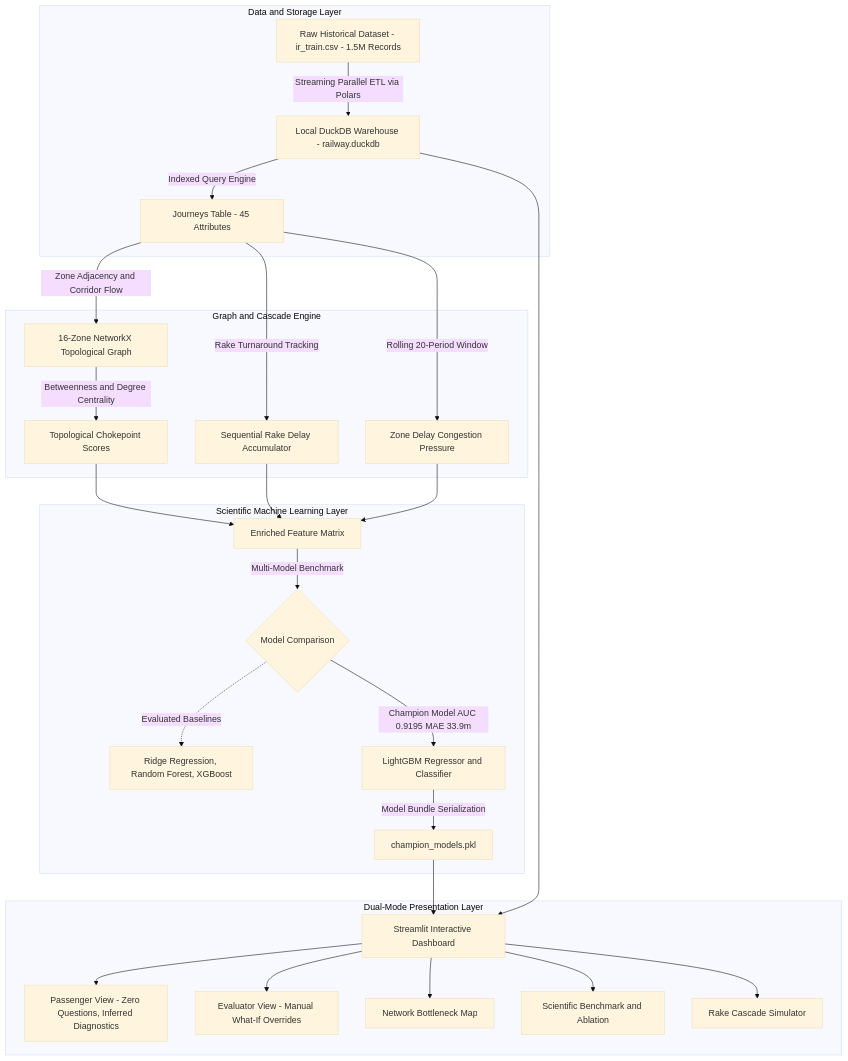
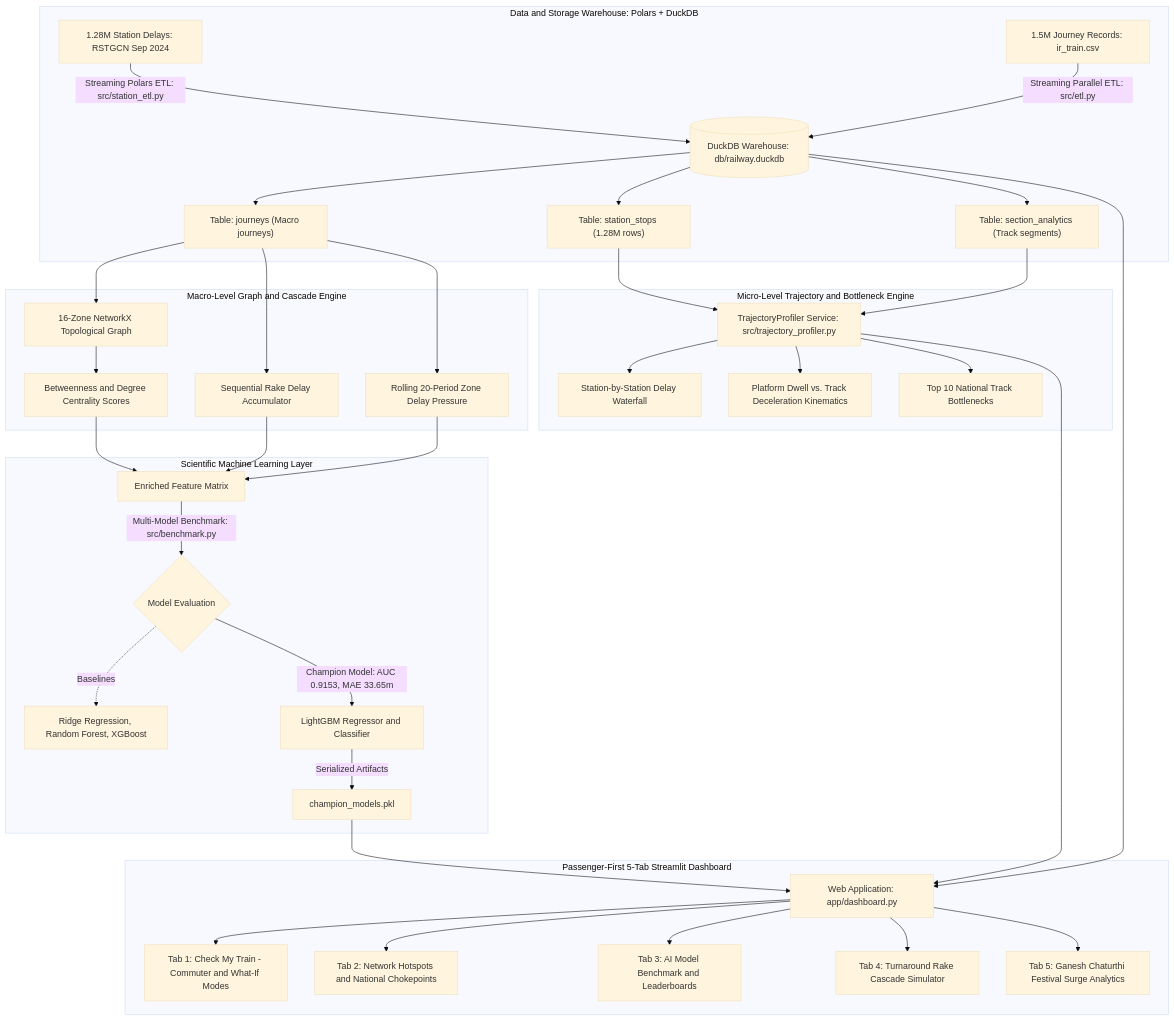
Before and after one commit to laluni/Indian-railway-delay-prediction-system: the first of 2 diagrams in docs/ARCHITECTURE_AND_WORKFLOW.md, drawn with Mermaid (base theme). The commit also changed other lines of this file and 14 other files, not shown here.

Commit message:
feat: complete station trajectory profiling, delay localization, and premium dashboard UI

````diff
--- a/docs/ARCHITECTURE_AND_WORKFLOW.md
+++ b/docs/ARCHITECTURE_AND_WORKFLOW.md
@@ -7,34 +7,41 @@
 ```mermaid
 flowchart TD
-    subgraph Data_Layer [Data and Storage Layer]
-        A["Raw Historical Dataset - ir_train.csv - 1.5M Records"] -->|Streaming Parallel ETL via Polars| B["Local DuckDB Warehouse - railway.duckdb"]
-        B -->|Indexed Query Engine| C["Journeys Table - 45 Attributes"]
+    subgraph Data_Layer ["Data and Storage Warehouse: Polars + DuckDB"]
+        A1["1.28M Station Delays: RSTGCN Sep 2024"] -->|Streaming Polars ETL: src/station_etl.py| B[("DuckDB Warehouse: db/railway.duckdb")]
+        A2["1.5M Journey Records: ir_train.csv"] -->|Streaming Parallel ETL: src/etl.py| B
+        B --> C1["Table: station_stops (1.28M rows)"]
+        B --> C2["Table: section_analytics (Track segments)"]
+        B --> C3["Table: journeys (Macro journeys)"]
     end
 
-    subgraph Feature_Engineering [Graph and Cascade Engine]
-        C -->|Zone Adjacency and Corridor Flow| D["16-Zone NetworkX Topological Graph"]
-        D -->|Betweenness and Degree Centrality| E["Topological Chokepoint Scores"]
-        C -->|Rake Turnaround Tracking| F["Sequential Rake Delay Accumulator"]
-        C -->|Rolling 20-Period Window| G["Zone Delay Congestion Pressure"]
+    subgraph Kinematics_Engine ["Micro-Level Trajectory and Bottleneck Engine"]
+        C1 & C2 --> D1["TrajectoryProfiler Service: src/trajectory_profiler.py"]
+        D1 --> E1["Station-by-Station Delay Waterfall"]
+        D1 --> E2["Platform Dwell vs. Track Deceleration Kinematics"]
+        D1 --> E3["Top 10 National Track Bottlenecks"]
     end
 
-    subgraph AI_Modeling [Scientific Machine Learning Layer]
-        E --> H["Enriched Feature Matrix"]
-        F --> H
-        G --> H
-        H -->|Multi-Model Benchmark| I{"Model Comparison"}
-        I -.->|Evaluated Baselines| J["Ridge Regression, Random Forest, XGBoost"]
-        I -->|Champion Model AUC 0.9195 MAE 33.9m| K["LightGBM Regressor and Classifier"]
-        K -->|Model Bundle Serialization| L["champion_models.pkl"]
+    subgraph Feature_Engineering ["Macro-Level Graph and Cascade Engine"]
+        C3 --> F1["16-Zone NetworkX Topological Graph"]
+        F1 --> F2["Betweenness and Degree Centrality Scores"]
+        C3 --> F3["Sequential Rake Delay Accumulator"]
+        C3 --> F4["Rolling 20-Period Zone Delay Pressure"]
     end
 
-    subgraph Presentation [Dual-Mode Presentation Layer]
-        L --> M["Streamlit Interactive Dashboard"]
-        B --> M
-        M --> N["Passenger View - Zero Questions, Inferred Diagnostics"]
-        M --> O["Evaluator View - Manual What-If Overrides"]
-        M --> P["Network Bottleneck Map"]
-        M --> Q["Scientific Benchmark and Ablation"]
-        M --> R["Rake Cascade Simulator"]
+    subgraph AI_Modeling ["Scientific Machine Learning Layer"]
+        F2 & F3 & F4 --> G["Enriched Feature Matrix"]
+        G -->|Multi-Model Benchmark: src/benchmark.py| H{"Model Evaluation"}
+        H -.->|Baselines| I["Ridge Regression, Random Forest, XGBoost"]
+        H -->|Champion Model: AUC 0.9153, MAE 33.65m| J["LightGBM Regressor and Classifier"]
+        J -->|Serialized Artifacts| K["champion_models.pkl"]
+    end
+
+    subgraph Presentation ["Passenger-First 5-Tab Streamlit Dashboard"]
+        K & D1 & B --> L["Web Application: app/dashboard.py"]
+        L --> M1["Tab 1: Check My Train - Commuter and What-If Modes"]
+        L --> M2["Tab 2: Network Hotspots and National Chokepoints"]
+        L --> M3["Tab 3: AI Model Benchmark and Leaderboards"]
+        L --> M4["Tab 4: Turnaround Rake Cascade Simulator"]
+        L --> M5["Tab 5: Ganesh Chaturthi Festival Surge Analytics"]
     end
 ```
````
